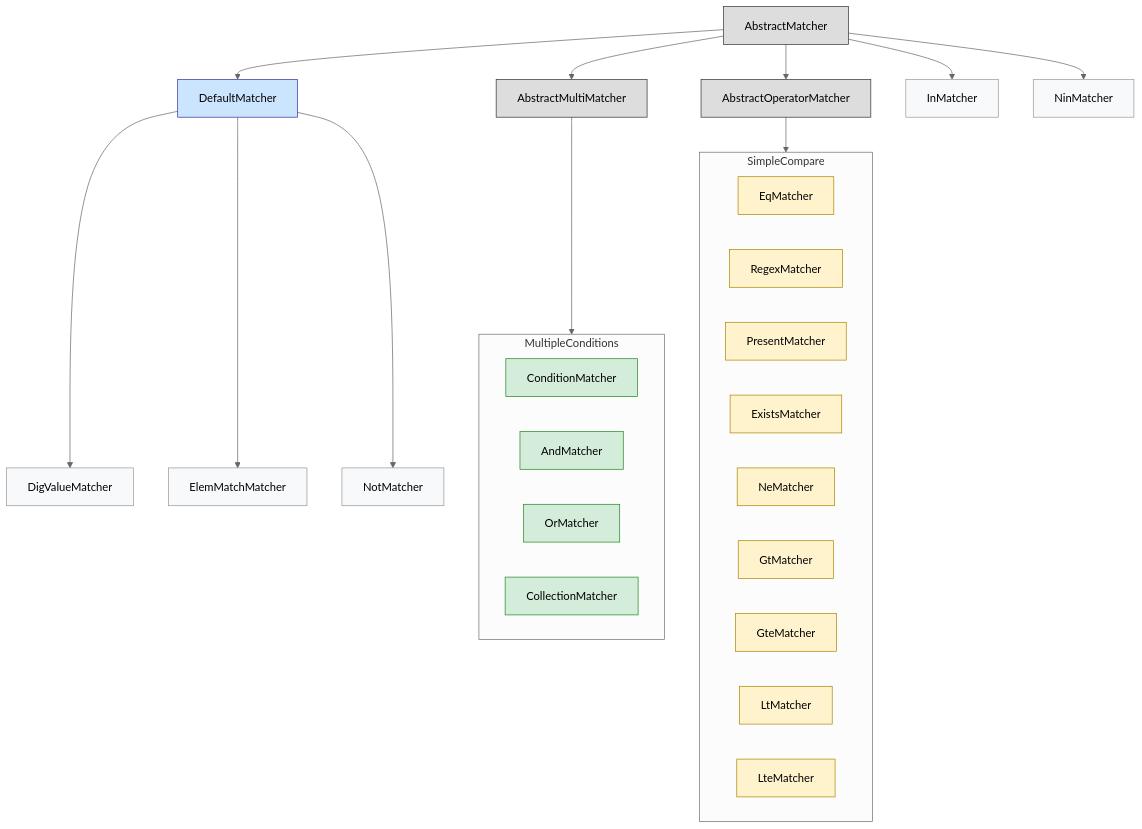
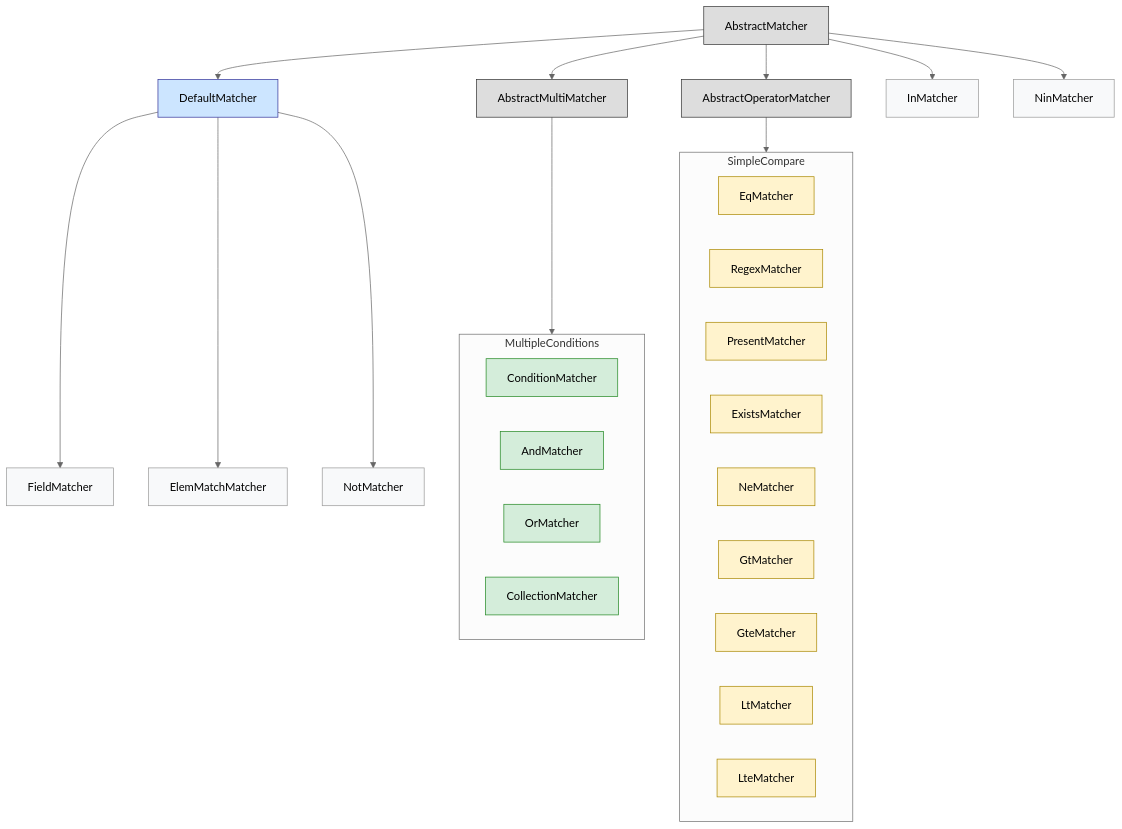
One commit to koten0224/mongory changed the diagram in lib/mongory/matchers/README.md. Above: the diagram before and after it, drawn with Mermaid. The commit also changed 4 other files, not shown here.

Commit message:
refactor(dig value matcher): rename to field matcher

````diff
--- a/lib/mongory/matchers/README.md
+++ b/lib/mongory/matchers/README.md
@@ -3,55 +3,55 @@
 ```mermaid
 ---
 config:
   theme: neutral
   look: classic
 ---
 
 graph TD
   %% style blocks
   classDef abstract fill:#ddd,stroke:#333,stroke-width:1px,color:#000;
   classDef main fill:#cce5ff,stroke:#339,stroke-width:1px;
   classDef multi fill:#d4edda,stroke:#282,stroke-width:1px;
   classDef operator fill:#fff3cd,stroke:#aa8800,stroke-width:1px;
   classDef leaf fill:#f8f9fa,stroke:#999,stroke-width:1px;
 
   %% Abstract base classes
   A[AbstractMatcher]
   C[AbstractMultiMatcher]
   D[AbstractOperatorMatcher]
 
   subgraph MultipleConditions
     F[ConditionMatcher]
     I[AndMatcher]
     J[OrMatcher]
     W[CollectionMatcher]
   end
 
   subgraph SimpleCompare
     E[EqMatcher]
     K[RegexMatcher]
     L[PresentMatcher]
     M[ExistsMatcher]
     O[NeMatcher]
     Q[GtMatcher]
     R[GteMatcher]
     S[LtMatcher]
     T[LteMatcher]
   end
 
   A --> B[DefaultMatcher]
   A --> U[InMatcher]
   A --> V[NinMatcher]
   A --> C --> MultipleConditions
   A --> D --> SimpleCompare
-  B --> G[DigValueMatcher]
+  B --> G[FieldMatcher]
   B --> H[ElemMatchMatcher]
   B --> N[NotMatcher]
 
   %% Apply classes
   class A,C,D abstract;
   class B main;
   class F,I,J,W multi;
   class E,K,L,M,O,Q,R,S,T operator;
   class G,U,V,H,N leaf;
 ```
````
